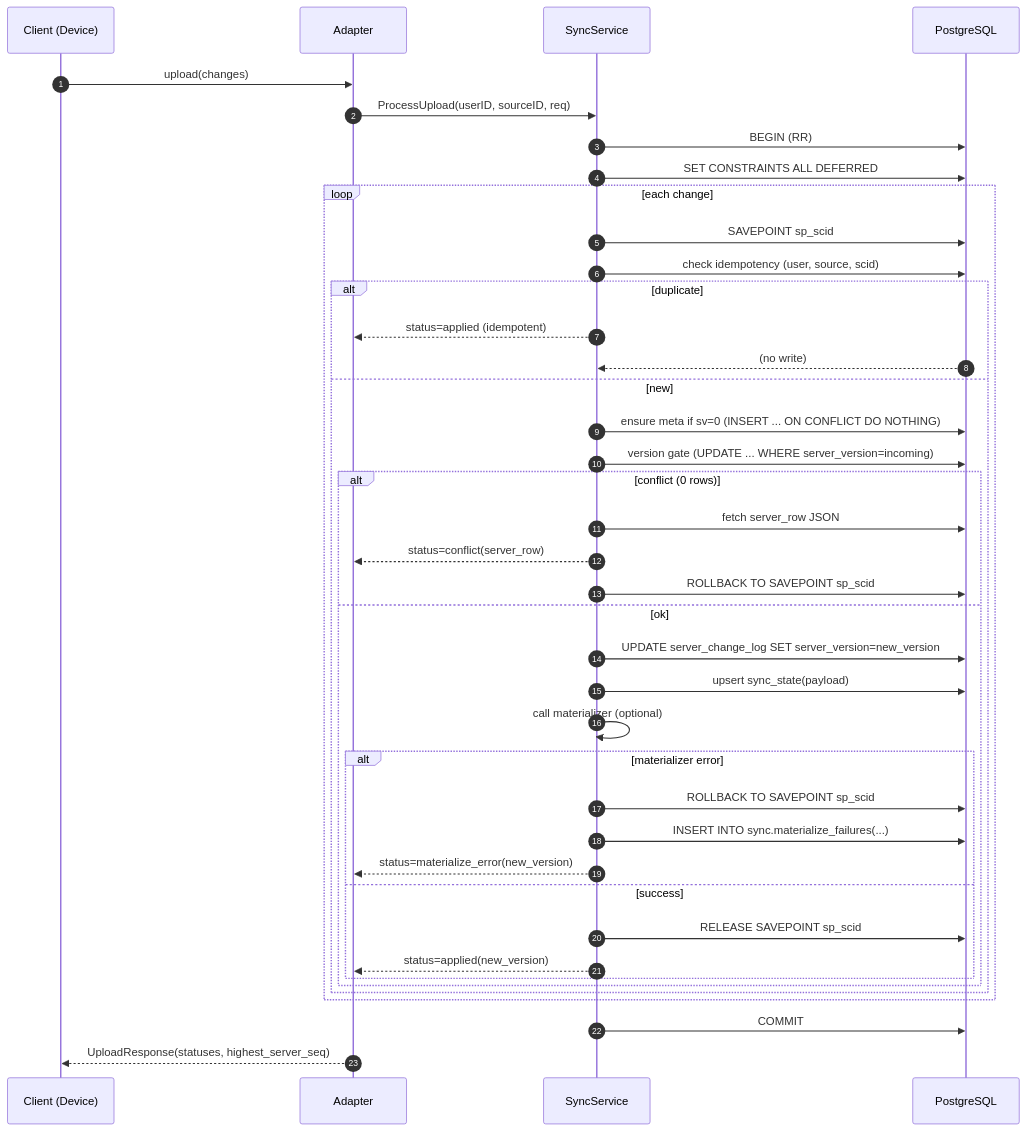
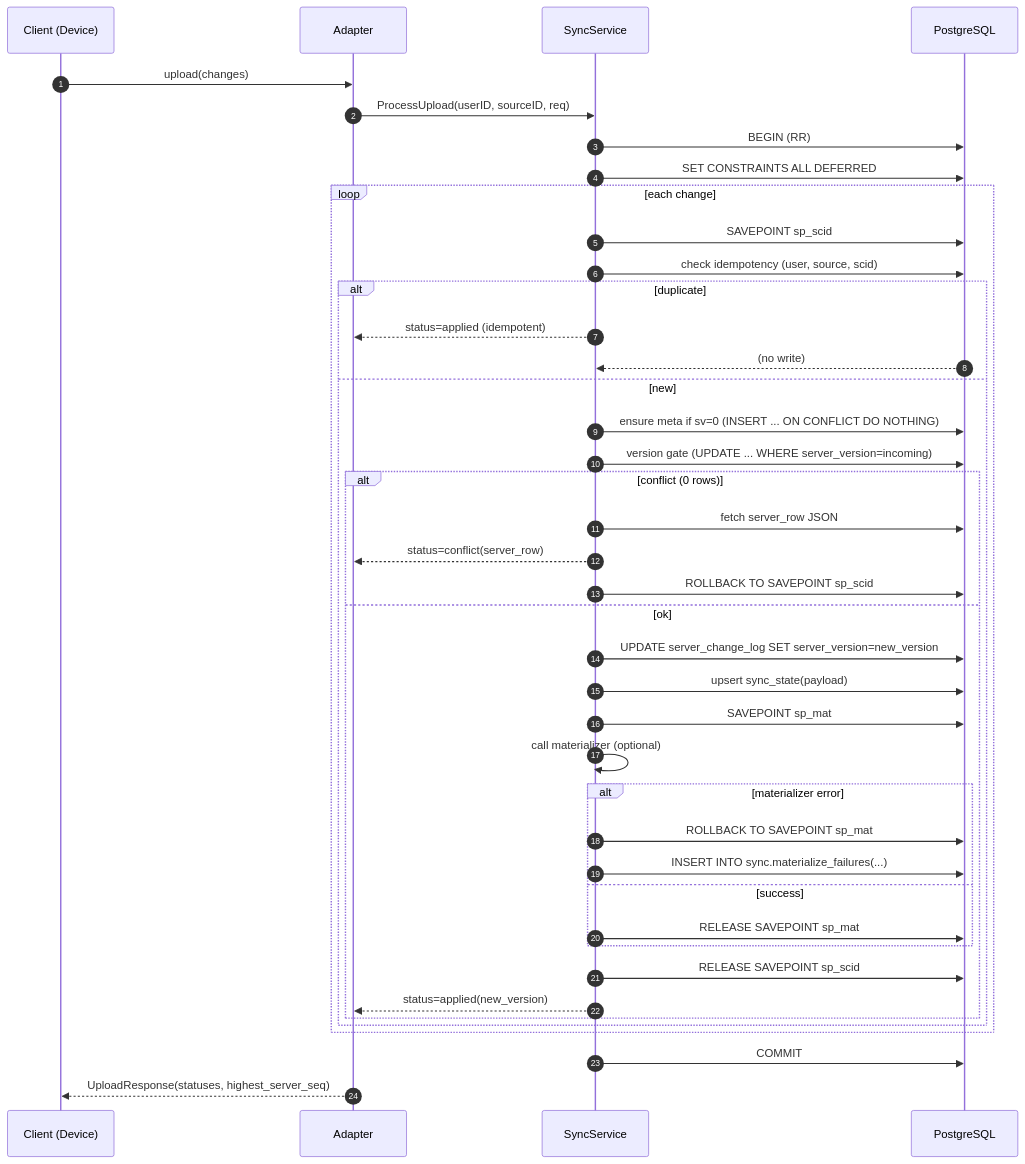
Before and after one commit to mobiletoly/go-oversync: the fourth of 6 diagrams in docs/documentation/advanced-concepts.md, drawn with Mermaid. The commit also changed other lines of this file and 46 other files, not shown here.

Commit message:
harden sync under load: FK savepoints, idempotency checks, cursor fixes

````diff
--- a/docs/documentation/advanced-concepts.md
+++ b/docs/documentation/advanced-concepts.md
@@ -737,43 +743,44 @@
 ```mermaid
 sequenceDiagram
   autonumber
   participant C as Client (Device)
   participant A as Adapter
   participant S as SyncService
   participant DB as PostgreSQL
 
   C->>A: upload(changes)
   A->>S: ProcessUpload(userID, sourceID, req)
   S->>DB: BEGIN (RR)
   S->>DB: SET CONSTRAINTS ALL DEFERRED
-  loop each change
-    S->>DB: SAVEPOINT sp_scid
-    S->>DB: check idempotency (user, source, scid)
-    alt duplicate
-      S-->>A: status=applied (idempotent)
-      DB-->>S: (no write)
-    else new
-      S->>DB: ensure meta if sv=0 (INSERT ... ON CONFLICT DO NOTHING)
-      S->>DB: version gate (UPDATE ... WHERE server_version=incoming)
-      alt conflict (0 rows)
-        S->>DB: fetch server_row JSON
-        S-->>A: status=conflict(server_row)
-        S->>DB: ROLLBACK TO SAVEPOINT sp_scid
-      else ok
-        S->>DB: UPDATE server_change_log SET server_version=new_version
-        S->>DB: upsert sync_state(payload)
-        S->>S: call materializer (optional)
-        alt materializer error
-          S->>DB: ROLLBACK TO SAVEPOINT sp_scid
-          S->>DB: INSERT INTO sync.materialize_failures(...)
-          S-->>A: status=materialize_error(new_version)
-        else success
-          S->>DB: RELEASE SAVEPOINT sp_scid
-          S-->>A: status=applied(new_version)
-        end
-      end
-    end
-  end
+	  loop each change
+	    S->>DB: SAVEPOINT sp_scid
+	    S->>DB: check idempotency (user, source, scid)
+	    alt duplicate
+	      S-->>A: status=applied (idempotent)
+	      DB-->>S: (no write)
+	    else new
+	      S->>DB: ensure meta if sv=0 (INSERT ... ON CONFLICT DO NOTHING)
+	      S->>DB: version gate (UPDATE ... WHERE server_version=incoming)
+	      alt conflict (0 rows)
+	        S->>DB: fetch server_row JSON
+	        S-->>A: status=conflict(server_row)
+	        S->>DB: ROLLBACK TO SAVEPOINT sp_scid
+	      else ok
+	        S->>DB: UPDATE server_change_log SET server_version=new_version
+	        S->>DB: upsert sync_state(payload)
+	        S->>DB: SAVEPOINT sp_mat
+	        S->>S: call materializer (optional)
+	        alt materializer error
+	          S->>DB: ROLLBACK TO SAVEPOINT sp_mat
+	          S->>DB: INSERT INTO sync.materialize_failures(...)
+	        else success
+	          S->>DB: RELEASE SAVEPOINT sp_mat
+	        end
+	        S->>DB: RELEASE SAVEPOINT sp_scid
+	        S-->>A: status=applied(new_version)
+	      end
+	    end
+	  end
   S->>DB: COMMIT
   A-->>C: UploadResponse(statuses, highest_server_seq)
 ```
````
